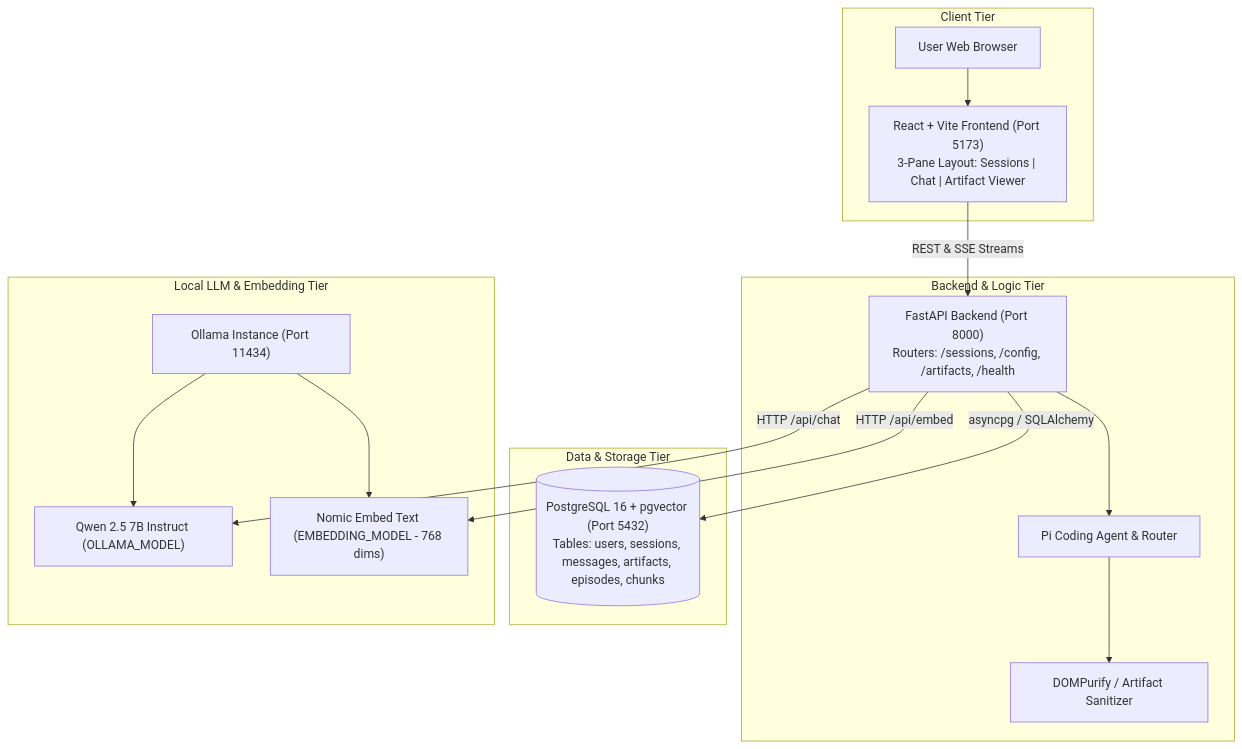
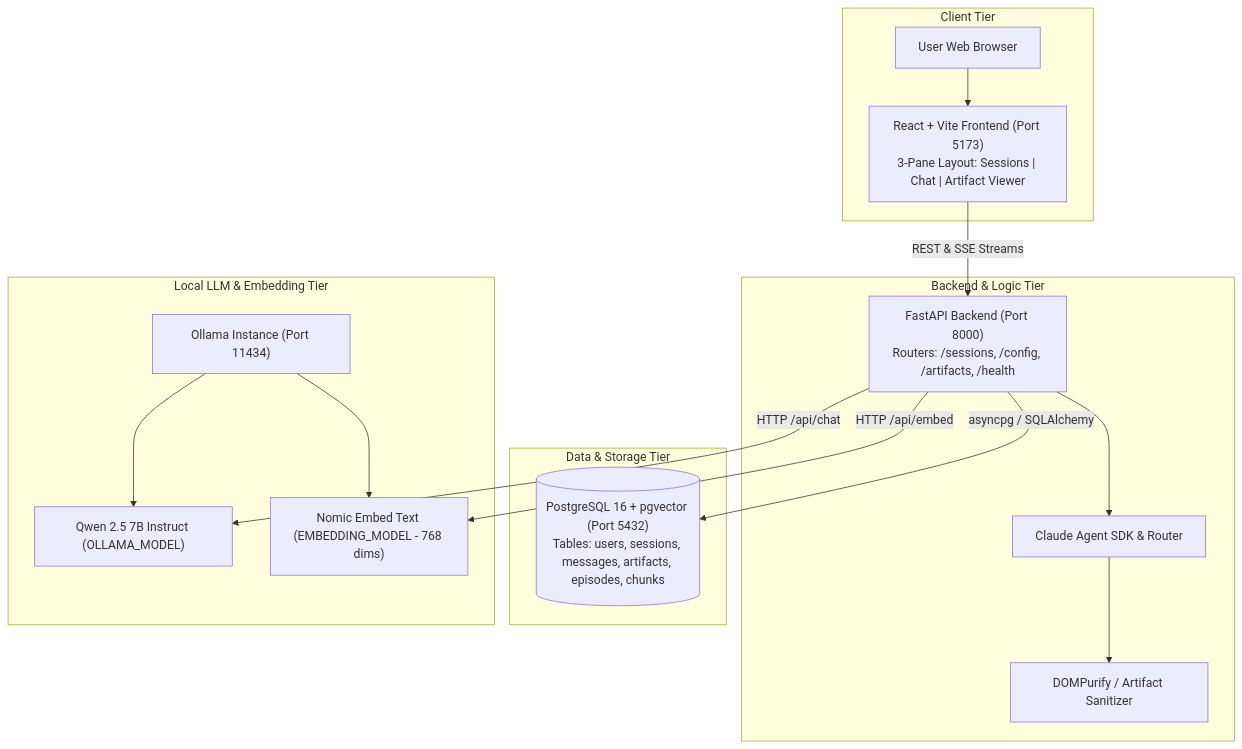
One commit to Karuna212006/Lenny_Growth_Assistant changed the third of 3 diagrams in docs/architecture.md. Above: the diagram before and after it, drawn with Mermaid. The commit also changed other lines of this file and 9 other files, not shown here.

Commit message:
feat(spike): complete Phase 1 agent layer spike (Claude SDK 5/5 PASS vs Pi 0/5 FAIL) and update decisions, architecture, and transcripts

````diff
--- a/docs/architecture.md
+++ b/docs/architecture.md
@@ -280,32 +280,32 @@
 ```mermaid
 graph TD
     subgraph Client Tier
         Browser["User Web Browser"]
         UI["React + Vite Frontend (Port 5173)<br>3-Pane Layout: Sessions | Chat | Artifact Viewer"]
         Browser --> UI
     end
 
     subgraph Backend & Logic Tier
         API["FastAPI Backend (Port 8000)<br>Routers: /sessions, /config, /artifacts, /health"]
-        Router["Pi Coding Agent & Router"]
+        Router["Claude Agent SDK & Router"]
         Sanitizer["DOMPurify / Artifact Sanitizer"]
         UI -->|"REST & SSE Streams"| API
         API --> Router
         Router --> Sanitizer
     end
 
     subgraph Data & Storage Tier
         DB[("PostgreSQL 16 + pgvector (Port 5432)<br>Tables: users, sessions, messages, artifacts, episodes, chunks")]
         API -->|"asyncpg / SQLAlchemy"| DB
     end
 
     subgraph Local LLM & Embedding Tier
         Ollama["Ollama Instance (Port 11434)"]
         LLM["Qwen 2.5 7B Instruct (OLLAMA_MODEL)"]
         Embedder["Nomic Embed Text (EMBEDDING_MODEL - 768 dims)"]
         Ollama --> LLM
         Ollama --> Embedder
         API -->|"HTTP /api/chat"| LLM
         API -->|"HTTP /api/embed"| Embedder
     end
 ```
````
